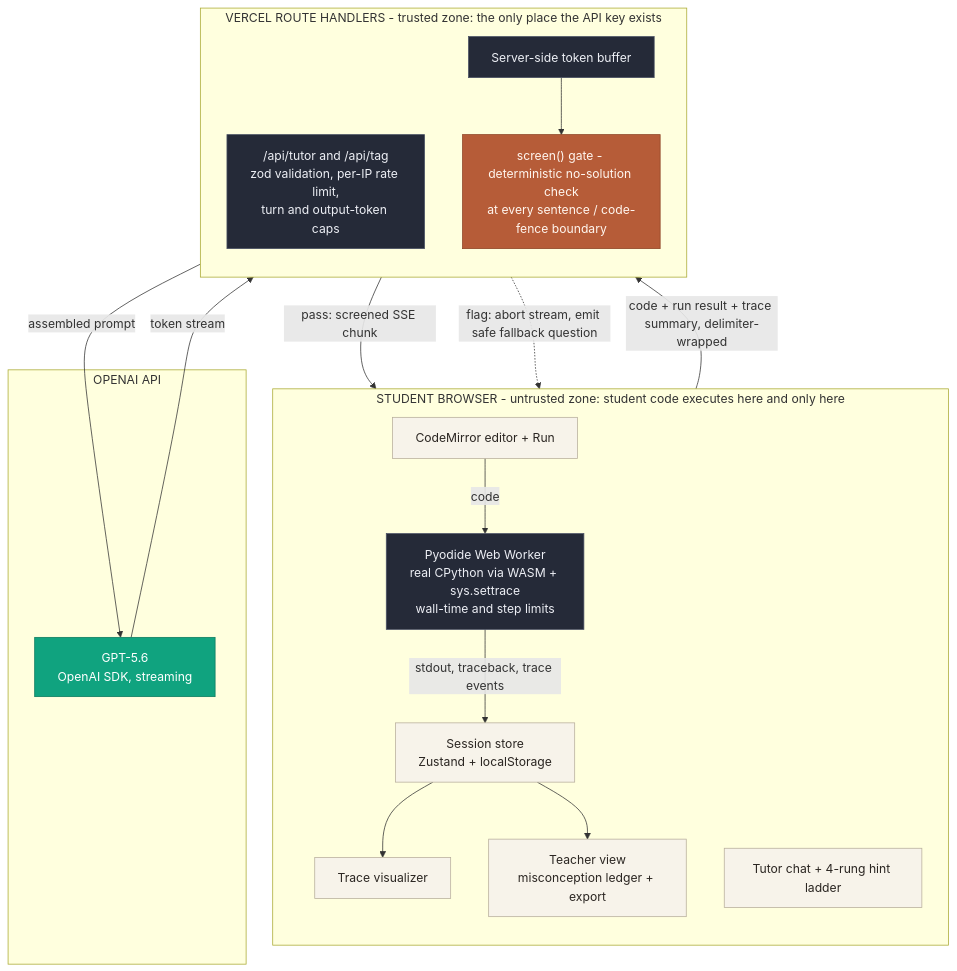
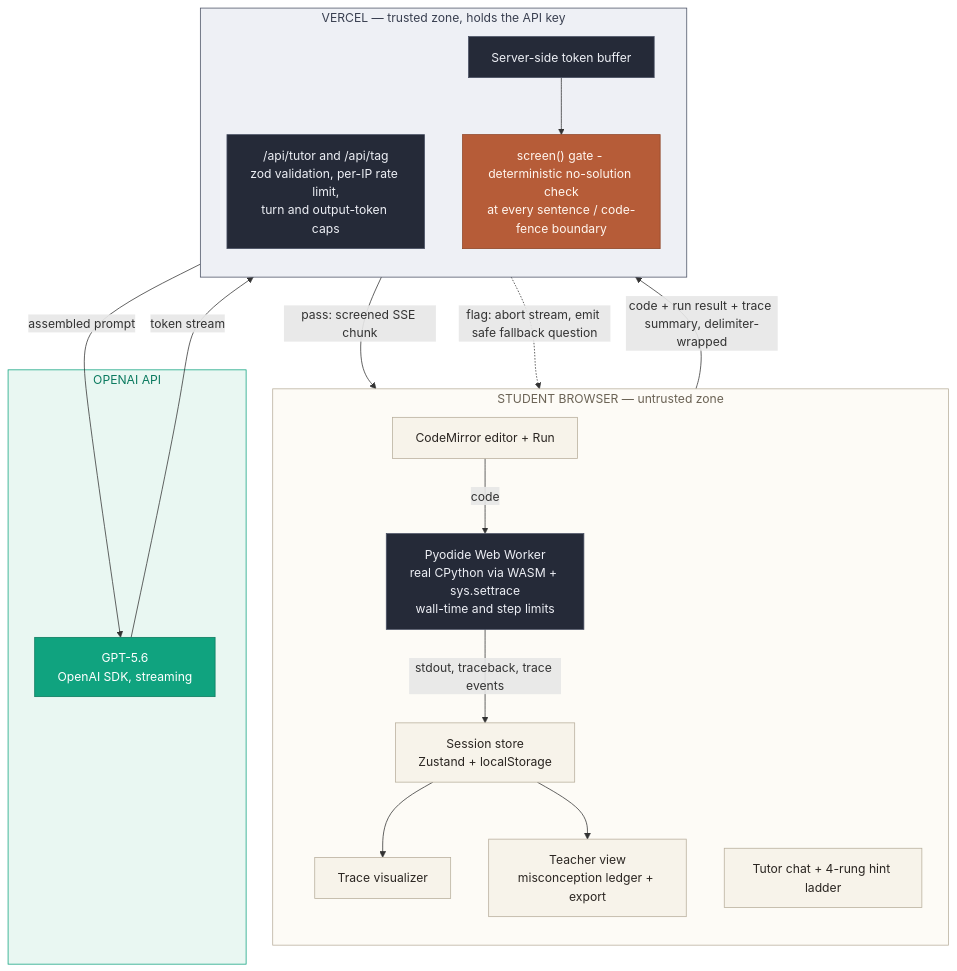
Before and after one commit to SebAustin/socratic-code-tutor: the diagram in README.md, drawn with Mermaid.

Commit message:
docs: zone-tinted architecture diagram with unclipped titles

````diff
--- a/README.md
+++ b/README.md
@@ -50,43 +50,46 @@
 ```mermaid
 flowchart TB
-    subgraph CLIENT["STUDENT BROWSER - untrusted zone: student code executes here and only here"]
+    subgraph CLIENT["STUDENT BROWSER — untrusted zone"]
         direction TB
         EDITOR["CodeMirror editor + Run"]
         WORKER["Pyodide Web Worker<br/>real CPython via WASM + sys.settrace<br/>wall-time and step limits"]
         SESSION["Session store<br/>Zustand + localStorage"]
         TRACE["Trace visualizer"]
         TEACHER["Teacher view<br/>misconception ledger + export"]
         CHAT["Tutor chat + 4-rung hint ladder"]
         EDITOR -->|code| WORKER
         WORKER -->|stdout, traceback, trace events| SESSION
         SESSION --> TRACE
         SESSION --> TEACHER
     end
 
-    subgraph SERVER["VERCEL ROUTE HANDLERS - trusted zone: the only place the API key exists"]
+    subgraph SERVER["VERCEL — trusted zone, holds the API key"]
         direction TB
         ROUTE["/api/tutor and /api/tag<br/>zod validation, per-IP rate limit,<br/>turn and output-token caps"]
         BUFFER["Server-side token buffer"]
         SCREEN["screen() gate - deterministic no-solution check<br/>at every sentence / code-fence boundary"]
     end
 
     subgraph OPENAI["OPENAI API"]
         GPT["GPT-5.6<br/>OpenAI SDK, streaming"]
     end
 
     SESSION -->|code + run result + trace summary, delimiter-wrapped| ROUTE
     ROUTE -->|assembled prompt| GPT
     GPT -->|token stream| BUFFER
     BUFFER --> SCREEN
     SCREEN -->|pass: screened SSE chunk| CHAT
     SCREEN -.->|flag: abort stream, emit safe fallback question| CHAT
 
     classDef paper fill:#F7F3EA,stroke:#B8AE9C,color:#2B2622
     classDef terminal fill:#252A38,stroke:#4A5164,color:#EDEFF5
     classDef guard fill:#B65C38,stroke:#8F4526,color:#FFF6EF
     classDef model fill:#10A37F,stroke:#0B7A5F,color:#FFFFFF
     class EDITOR,SESSION,TRACE,TEACHER,CHAT paper
     class WORKER,ROUTE,BUFFER terminal
     class SCREEN guard
     class GPT model
+    style CLIENT fill:#FDFBF6,stroke:#B8AE9C,color:#6B6355
+    style SERVER fill:#EEF0F5,stroke:#4A5164,color:#3A4051
+    style OPENAI fill:#E9F7F2,stroke:#10A37F,color:#0B7A5F
 ```
````
